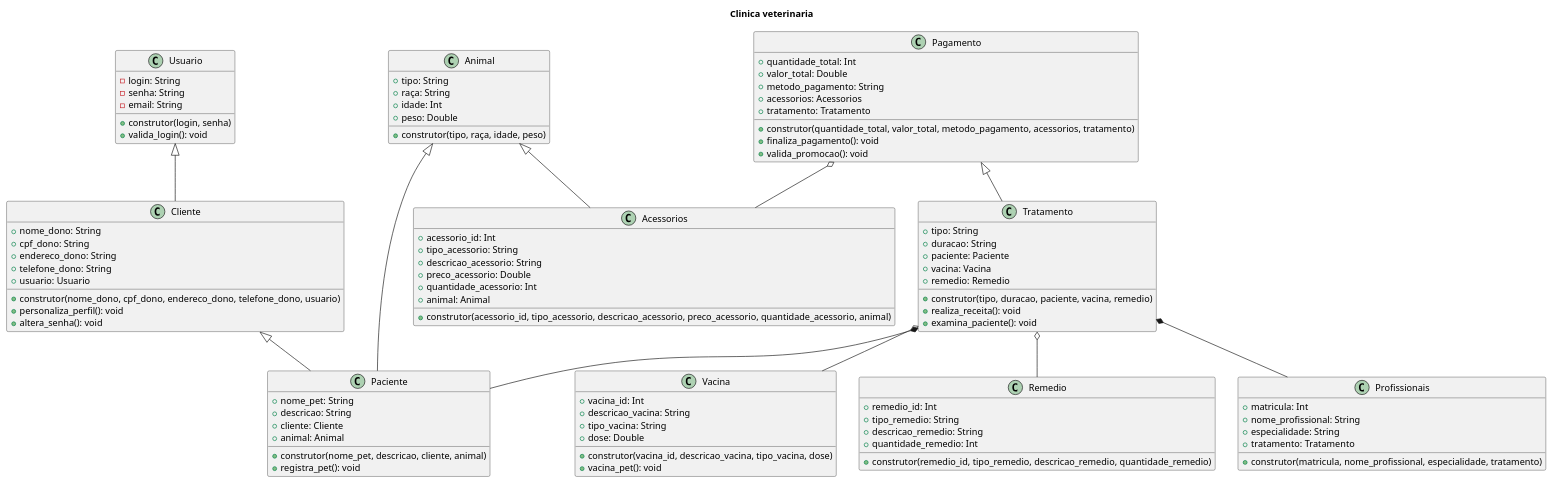
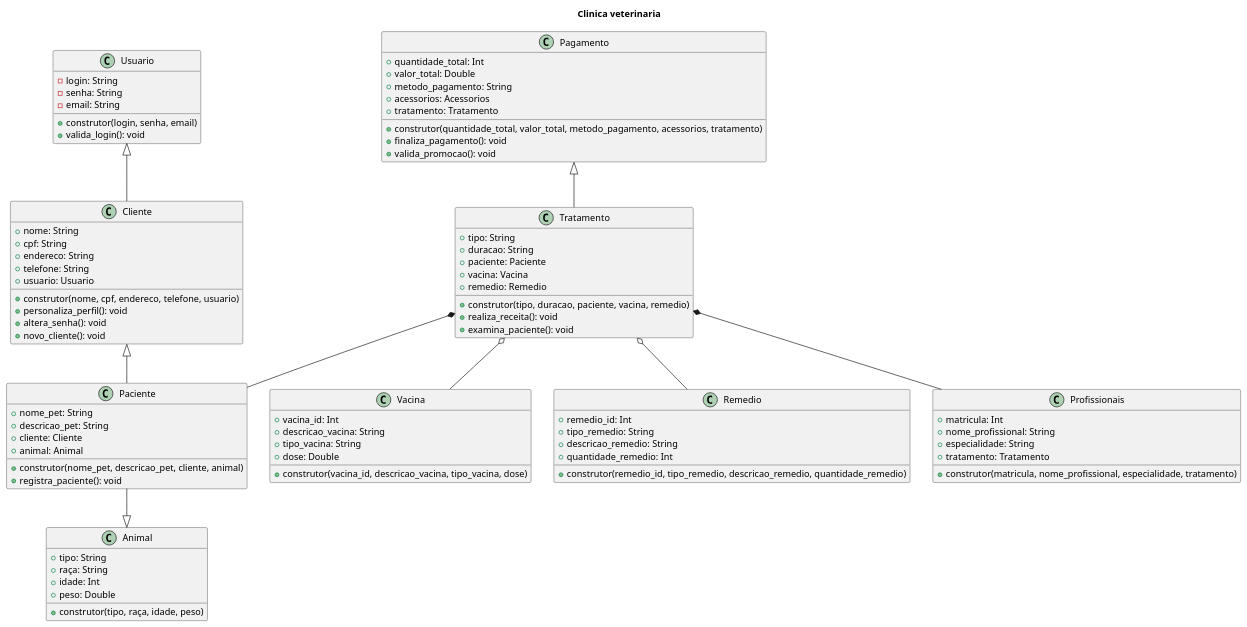
Before and after one commit to anleaes/2022-1-N2-POO-10: the diagram in veterinaria.plantuml, drawn with PlantUML.

Commit message:
melhorando diagrama

```diff
--- a/veterinaria.plantuml
+++ b/veterinaria.plantuml
@@ -1,111 +1,99 @@
 @startuml Diagrama de classes uml
 
 title Clinica veterinaria
 
 class Usuario {
     - login: String
     - senha: String
     - email: String
-    + construtor(login, senha)
+    + construtor(login, senha, email)
     + valida_login(): void
 }
 
 class Cliente {
-    + nome_dono: String
-    + cpf_dono: String
-    + endereco_dono: String
-    + telefone_dono: String
+    + nome: String
+    + cpf: String
+    + endereco: String
+    + telefone: String
     + usuario: Usuario
-    + construtor(nome_dono, cpf_dono, endereco_dono, telefone_dono, usuario)
+    + construtor(nome, cpf, endereco, telefone, usuario)
     + personaliza_perfil(): void
     + altera_senha(): void
+    + novo_cliente(): void
 }
 
 class Animal {
     + tipo: String
     + raça: String
     + idade: Int
     + peso: Double
     + construtor(tipo, raça, idade, peso)
 }
 
 class Paciente {
     + nome_pet: String
-    + descricao: String
+    + descricao_pet: String
     + cliente: Cliente
     + animal: Animal
-    + construtor(nome_pet, descricao, cliente, animal)
-    + registra_pet(): void
+    + construtor(nome_pet, descricao_pet, cliente, animal)
+    + registra_paciente(): void
 }
 
 class Vacina {
     + vacina_id: Int
     + descricao_vacina: String
     + tipo_vacina: String
     + dose: Double
     + construtor(vacina_id, descricao_vacina, tipo_vacina, dose)
-    + vacina_pet(): void
 }
 
 class Remedio {
     + remedio_id: Int
     + tipo_remedio: String
     + descricao_remedio: String
     + quantidade_remedio: Int
     + construtor(remedio_id, tipo_remedio, descricao_remedio, quantidade_remedio)
-}
-
-class Acessorios {
-    + acessorio_id: Int
-    + tipo_acessorio: String
-    + descricao_acessorio: String
-    + preco_acessorio: Double
-    + quantidade_acessorio: Int
-    + animal: Animal
-    + construtor(acessorio_id, tipo_acessorio, descricao_acessorio, preco_acessorio, quantidade_acessorio, animal)
 }
 
 class Tratamento {
     + tipo: String
     + duracao: String
     + paciente: Paciente
     + vacina: Vacina
     + remedio: Remedio
     + construtor(tipo, duracao, paciente, vacina, remedio)
     + realiza_receita(): void
     + examina_paciente(): void
 }
 
 class Profissionais {
     + matricula: Int
     + nome_profissional: String
     + especialidade: String
     + tratamento: Tratamento
     + construtor(matricula, nome_profissional, especialidade, tratamento)
 }
 
 class Pagamento {
     + quantidade_total: Int
     + valor_total: Double
     + metodo_pagamento: String
     + acessorios: Acessorios
     + tratamento: Tratamento
     + construtor(quantidade_total, valor_total, metodo_pagamento, acessorios, tratamento)
     + finaliza_pagamento(): void
     + valida_promocao(): void
 }
 
 Usuario <|-- Cliente
 Cliente <|-- Paciente
-Animal <|-- Paciente
-Animal <|-- Acessorios
+Paciente --|> Animal
 Tratamento *-- Paciente
 Tratamento *-- Profissionais
 Tratamento o-- Vacina
 Tratamento o-- Remedio
-Pagamento o-- Acessorios
 Pagamento <|-- Tratamento
 
 
 
 @enduml
```
